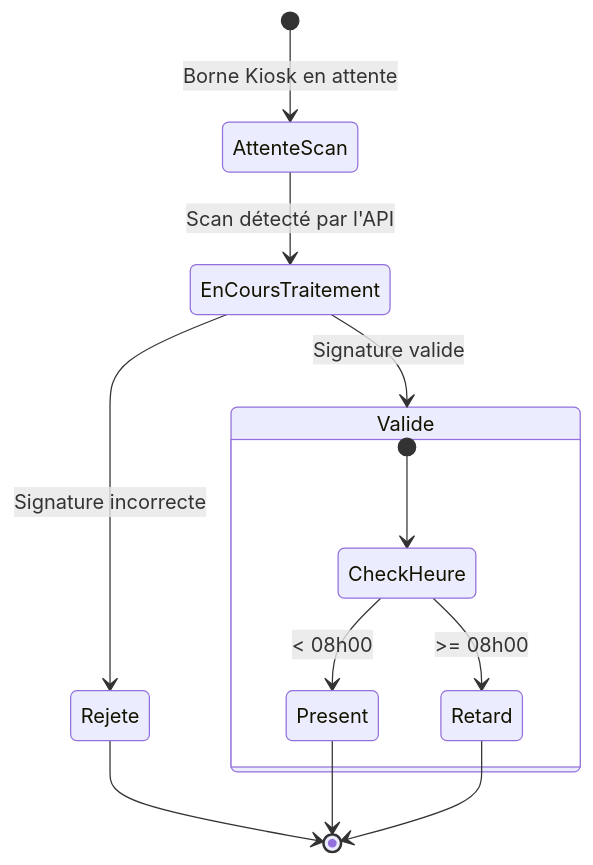
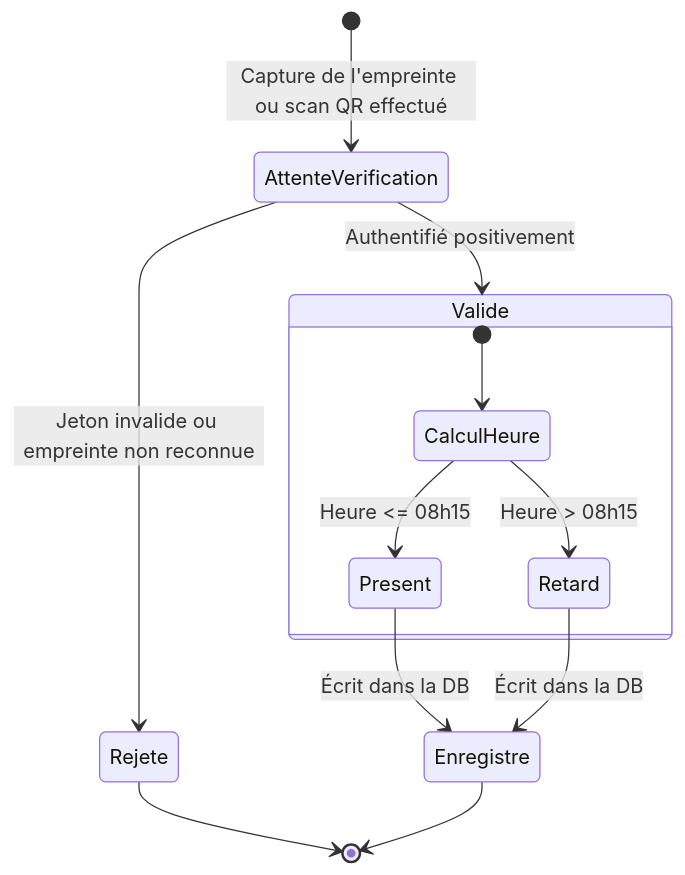
The sixth of 14 diagrams in rapport_de_stage_diagrammes.md (Evrad15/C.H.R.A.C.E.R.H), drawn with Mermaid before and after one commit. The commit also changed other lines of this file and 19 other files, not shown here.

Commit message:
docs: update project README and documentation with comprehensive architectural diagrams and feature specifications

````diff
--- a/rapport_de_stage_diagrammes.md
+++ b/rapport_de_stage_diagrammes.md
@@ -176,15 +184,17 @@
 ```mermaid
 stateDiagram-v2
-    [*] --> AttenteScan : Borne Kiosk en attente
-    AttenteScan --> EnCoursTraitement : Scan détecté par l'API
-    EnCoursTraitement --> Rejete : Signature incorrecte
+    [*] --> AttenteVerification : Capture de l'empreinte ou scan QR effectué
+    AttenteVerification --> Rejete : Jeton invalide ou empreinte non reconnue
     Rejete --> [*]
-    EnCoursTraitement --> Valide : Signature valide
+    AttenteVerification --> Valide : Authentifié positivement
+    
     state Valide {
-        [*] --> CheckHeure
-        CheckHeure --> Present : < 08h00
-        CheckHeure --> Retard : >= 08h00
+        [*] --> CalculHeure
+        CalculHeure --> Present : Heure <= 08h15
+        CalculHeure --> Retard : Heure > 08h15
     }
-    Present --> [*]
-    Retard --> [*]
+
+    Present --> Enregistre : Écrit dans la DB
+    Retard --> Enregistre : Écrit dans la DB
+    Enregistre --> [*]
 ```
````
